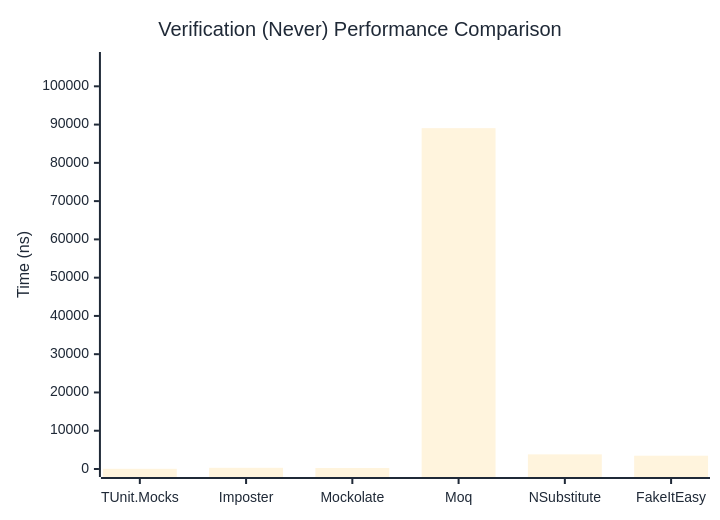
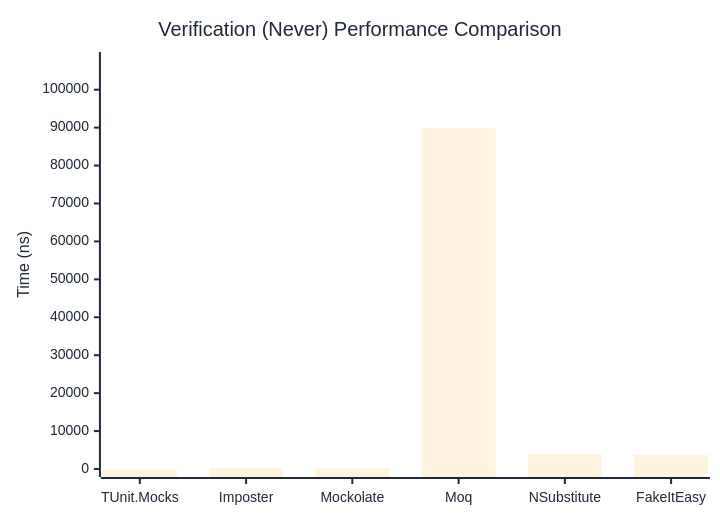
One commit to thomhurst/TUnit changed the second of 3 diagrams in docs/docs/benchmarks/mocks/Verification.md. Above: the diagram before and after it, drawn with Mermaid. The commit also changed other lines of this file and 14 other files, not shown here.

````diff
--- a/docs/docs/benchmarks/mocks/Verification.md
+++ b/docs/docs/benchmarks/mocks/Verification.md
@@ -71,27 +71,27 @@
 ```mermaid
 %%{init: {
   'theme':'base',
   'themeVariables': {
     'primaryColor': '#2563eb',
     'primaryTextColor': '#1f2937',
     'primaryBorderColor': '#1e40af',
     'lineColor': '#6b7280',
     'secondaryColor': '#7c3aed',
     'tertiaryColor': '#dc2626',
     'background': '#ffffff',
     'pie1': '#2563eb',
     'pie2': '#7c3aed',
     'pie3': '#dc2626',
     'pie4': '#f59e0b',
     'pie5': '#10b981',
     'pie6': '#06b6d4',
     'pie7': '#ec4899',
     'pie8': '#6366f1'
   }
 }}%%
 xychart-beta
   title "Verification (Never) Performance Comparison"
   x-axis ["TUnit.Mocks", "Imposter", "Mockolate", "Moq", "NSubstitute", "FakeItEasy"]
-  y-axis "Time (ns)" 0 --> 106876
-  bar [50.15, 311.65, 252.82, 89062.89, 3825.68, 3473.18]
+  y-axis "Time (ns)" 0 --> 107829
+  bar [52.86, 324.44, 236.13, 89856.67, 3922.36, 3727.84]
 ```
````
